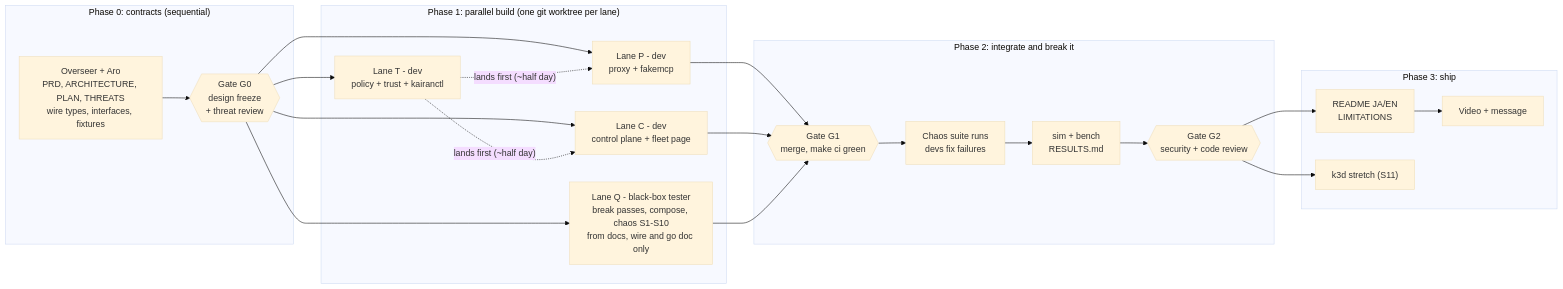
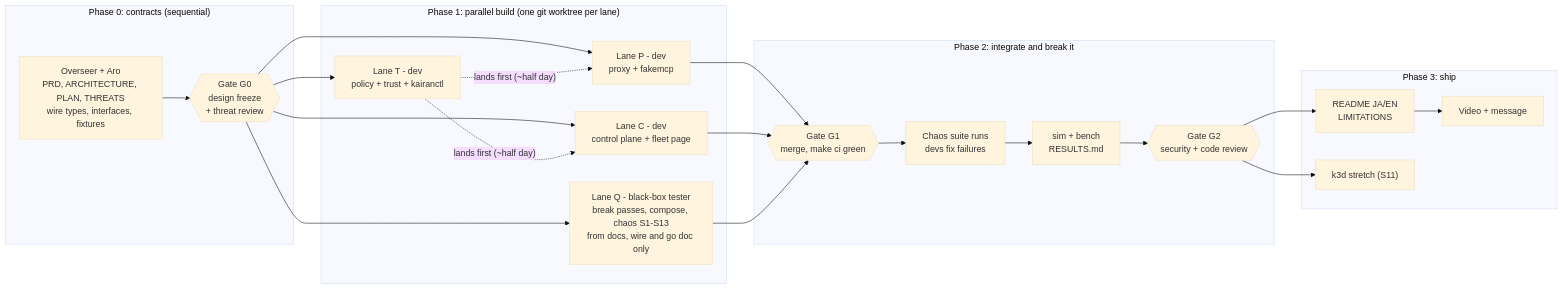
The eighth of 8 diagrams in docs/ARCHITECTURE.md (thisizaro/Kairan), drawn with Mermaid (base theme) before and after one commit. The commit also changed other lines of this file and 2 other files, not shown here.

First line of the commit message:
docs: chaos S1-S13 per design spec; PRD I6/J2 wording (M-D50, M-D51)

````diff
--- a/docs/ARCHITECTURE.md
+++ b/docs/ARCHITECTURE.md
@@ -264,35 +264,35 @@
 ```mermaid
 flowchart LR
     subgraph P0["Phase 0: contracts (sequential)"]
         C0["Overseer + Aro<br/>PRD, ARCHITECTURE, PLAN, THREATS<br/>wire types, interfaces, fixtures"]
         G0{{"Gate G0<br/>design freeze<br/>+ threat review"}}
         C0 --> G0
     end
 
     subgraph P1["Phase 1: parallel build (one git worktree per lane)"]
         LT["Lane T - dev<br/>policy + trust + kairanctl"]
         LP["Lane P - dev<br/>proxy + fakemcp"]
         LC["Lane C - dev<br/>control plane + fleet page"]
-        LQ["Lane Q - black-box tester<br/>break passes, compose, chaos S1-S10<br/>from docs, wire and go doc only"]
+        LQ["Lane Q - black-box tester<br/>break passes, compose, chaos S1-S13<br/>from docs, wire and go doc only"]
     end
 
     subgraph P2["Phase 2: integrate and break it"]
         G1{{"Gate G1<br/>merge, make ci green"}}
         CH["Chaos suite runs<br/>devs fix failures"]
         BN["sim + bench<br/>RESULTS.md"]
         G2{{"Gate G2<br/>security + code review"}}
         G1 --> CH --> BN --> G2
     end
 
     subgraph P3["Phase 3: ship"]
         DOC["README JA/EN<br/>LIMITATIONS"]
         K3D["k3d stretch (S11)"]
         VID["Video + message"]
     end
 
     G0 --> LT & LP & LC & LQ
     LT -. "lands first (~half day)" .-> LP & LC
     LP & LC & LQ --> G1
     G2 --> DOC --> VID
     G2 --> K3D
 ```
````
